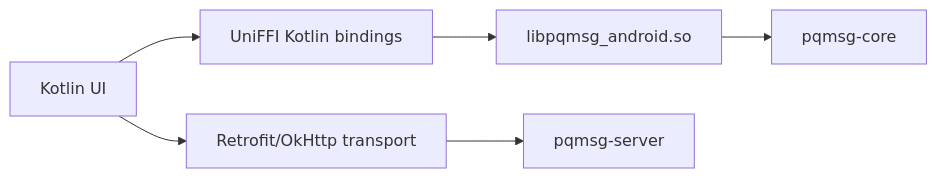
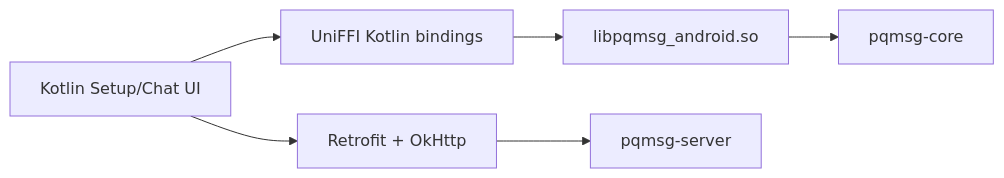
The diagram in docs/ANDROID.md (ErenAri/post-quantum-messaging-app), drawn with Mermaid before and after one commit. The commit also changed other lines of this file and 21 other files, not shown here.

````diff
--- a/docs/ANDROID.md
+++ b/docs/ANDROID.md
@@ -9,8 +9,8 @@
 ```mermaid
 flowchart LR
-    UI[Kotlin UI] --> NET[Retrofit/OkHttp transport]
+    UI[Kotlin Setup/Chat UI] --> NET[Retrofit + OkHttp]
     UI --> UNI[UniFFI Kotlin bindings]
     UNI --> SO[libpqmsg_android.so]
     SO --> CORE[pqmsg-core]
     NET --> SRV[pqmsg-server]
 ```
````
